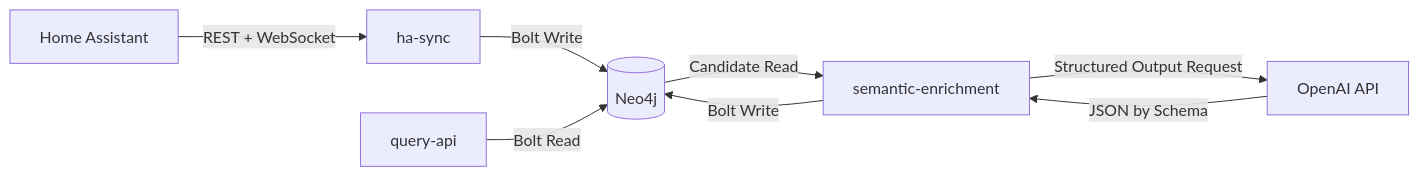
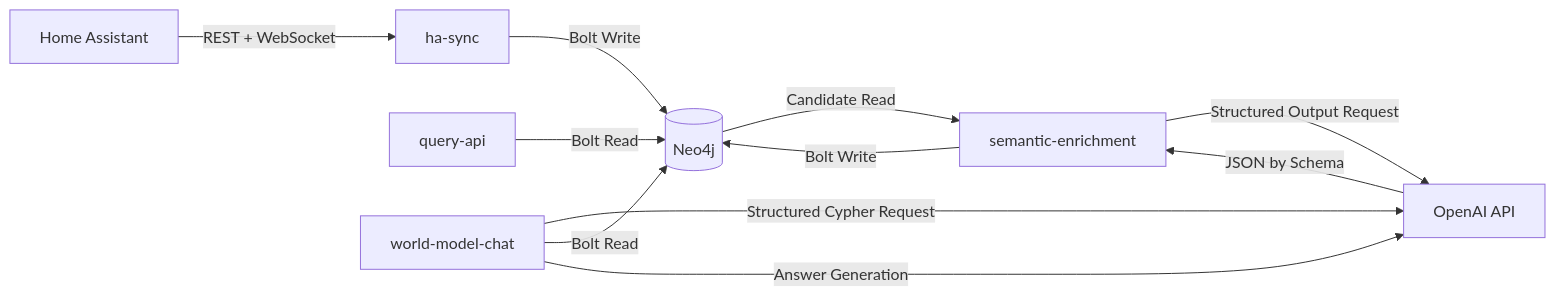
The diagram in docs/ARCHITECTURE.md (joku-dev/ha-CPsWMS), drawn with Mermaid before and after one commit. The commit also changed other lines of this file and 12 other files, not shown here.

Commit message:
Add world model chat service and query docs

````diff
--- a/docs/ARCHITECTURE.md
+++ b/docs/ARCHITECTURE.md
@@ -23,17 +26,21 @@
 ```mermaid
 flowchart LR
   HA[Home Assistant]
   Sync[ha-sync]
   Neo4j[(Neo4j)]
   Enrich[semantic-enrichment]
   Query[query-api]
+  Chat[world-model-chat]
   OpenAI[OpenAI API]
 
   HA -->|REST + WebSocket| Sync
   Sync -->|Bolt Write| Neo4j
   Neo4j -->|Candidate Read| Enrich
   Enrich -->|Structured Output Request| OpenAI
   OpenAI -->|JSON by Schema| Enrich
   Enrich -->|Bolt Write| Neo4j
   Query -->|Bolt Read| Neo4j
+  Chat -->|Structured Cypher Request| OpenAI
+  Chat -->|Bolt Read| Neo4j
+  Chat -->|Answer Generation| OpenAI
 ```
````
